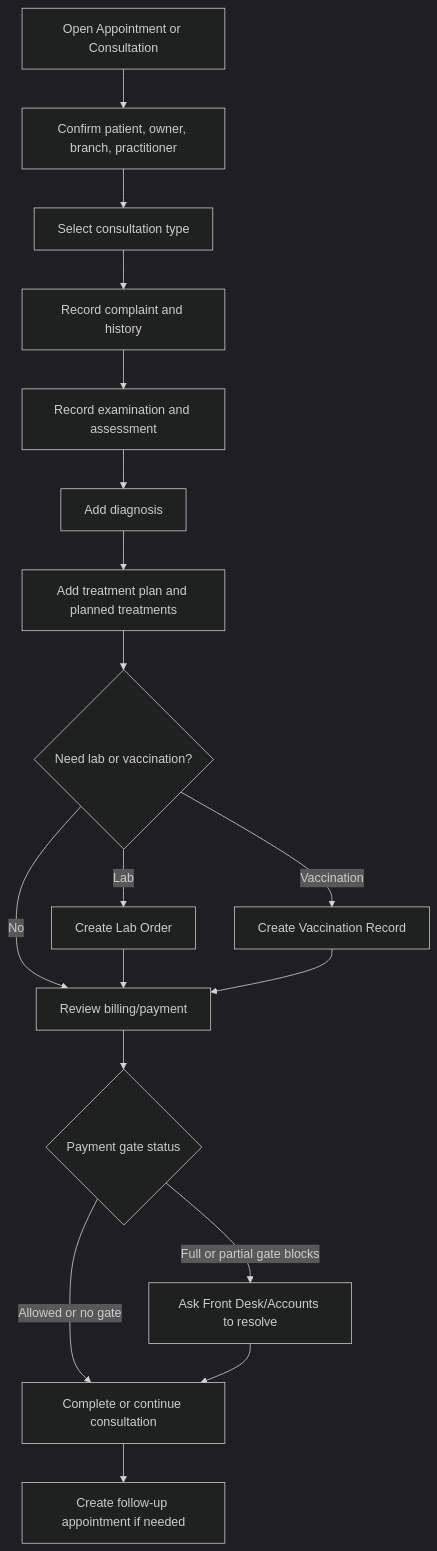
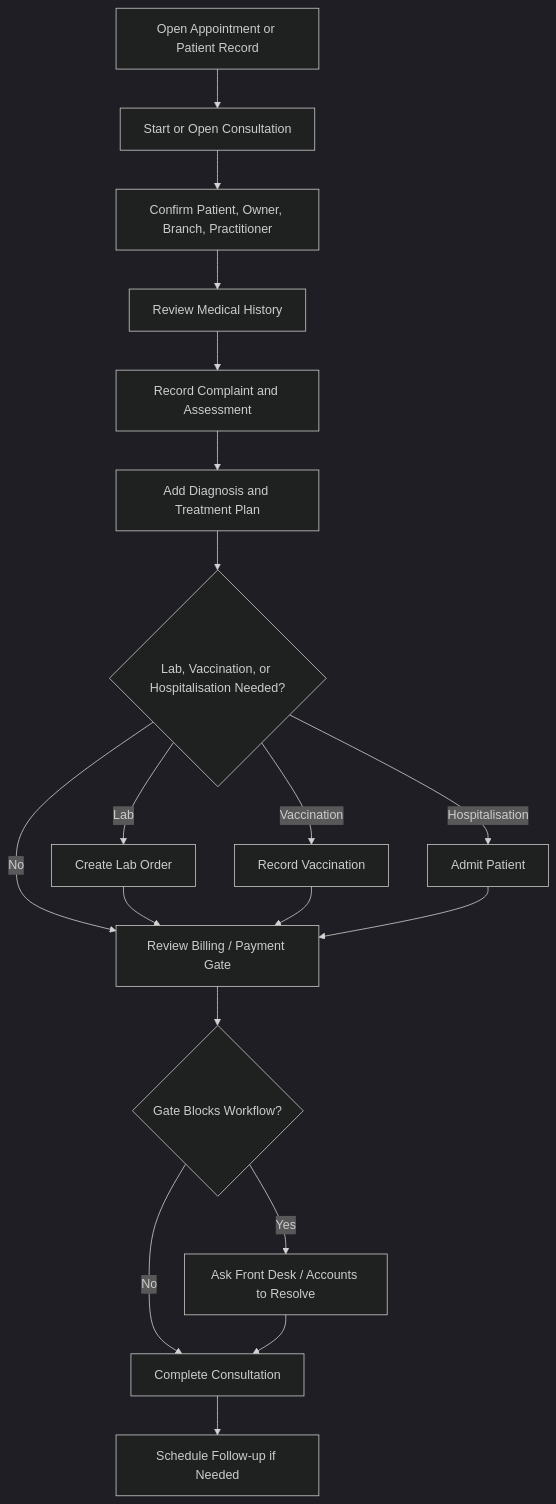
Before and after one commit to olayemigod/VetEdge: the diagram in docs/training/veterinary_doctor_operations/consultation_workflow.md, drawn with Mermaid (dark theme). The commit also changed other lines of this file and 24 other files, not shown here.

````diff
--- a/docs/training/veterinary_doctor_operations/consultation_workflow.md
+++ b/docs/training/veterinary_doctor_operations/consultation_workflow.md
@@ -20,20 +20,21 @@
 ```mermaid
 flowchart TD
-    A[Open Appointment or Consultation] --> B[Confirm patient, owner, branch, practitioner]
-    B --> C[Select consultation type]
-    C --> D[Record complaint and history]
-    D --> E[Record examination and assessment]
-    E --> F[Add diagnosis]
-    F --> G[Add treatment plan and planned treatments]
-    G --> H{Need lab or vaccination?}
-    H -->|Lab| I[Create Lab Order]
-    H -->|Vaccination| J[Create Vaccination Record]
-    H -->|No| K[Review billing/payment]
+    A[Open Appointment or Patient Record] --> B[Start or Open Consultation]
+    B --> C[Confirm Patient, Owner, Branch, Practitioner]
+    C --> D[Review Medical History]
+    D --> E[Record Complaint and Assessment]
+    E --> F[Add Diagnosis and Treatment Plan]
+    F --> G{Lab, Vaccination, or Hospitalisation Needed?}
+    G -->|Lab| H[Create Lab Order]
+    G -->|Vaccination| I[Record Vaccination]
+    G -->|Hospitalisation| J[Admit Patient]
+    G -->|No| K[Review Billing / Payment Gate]
+    H --> K
     I --> K
     J --> K
-    K --> L{Payment gate status}
-    L -->|Full or partial gate blocks| M[Ask Front Desk/Accounts to resolve]
-    L -->|Allowed or no gate| N[Complete or continue consultation]
+    K --> L{Gate Blocks Workflow?}
+    L -->|Yes| M[Ask Front Desk / Accounts to Resolve]
+    L -->|No| N[Complete Consultation]
     M --> N
-    N --> O[Create follow-up appointment if needed]
+    N --> O[Schedule Follow-up if Needed]
 ```
````
